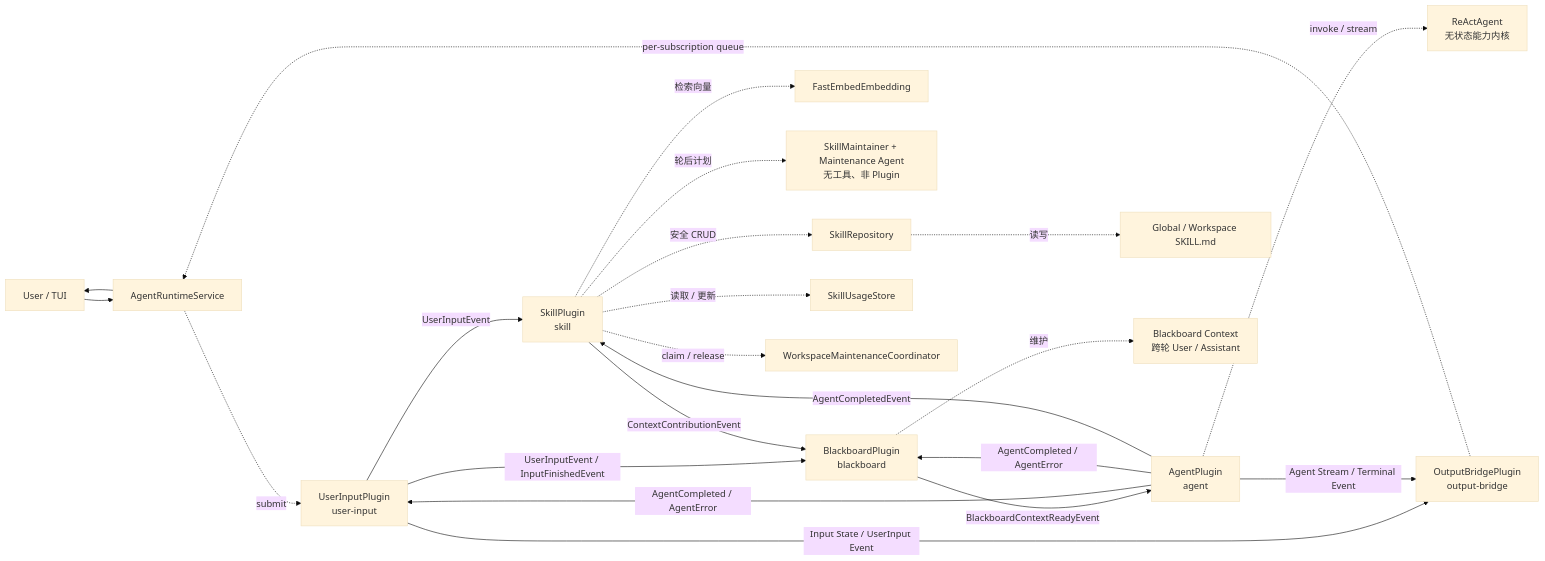
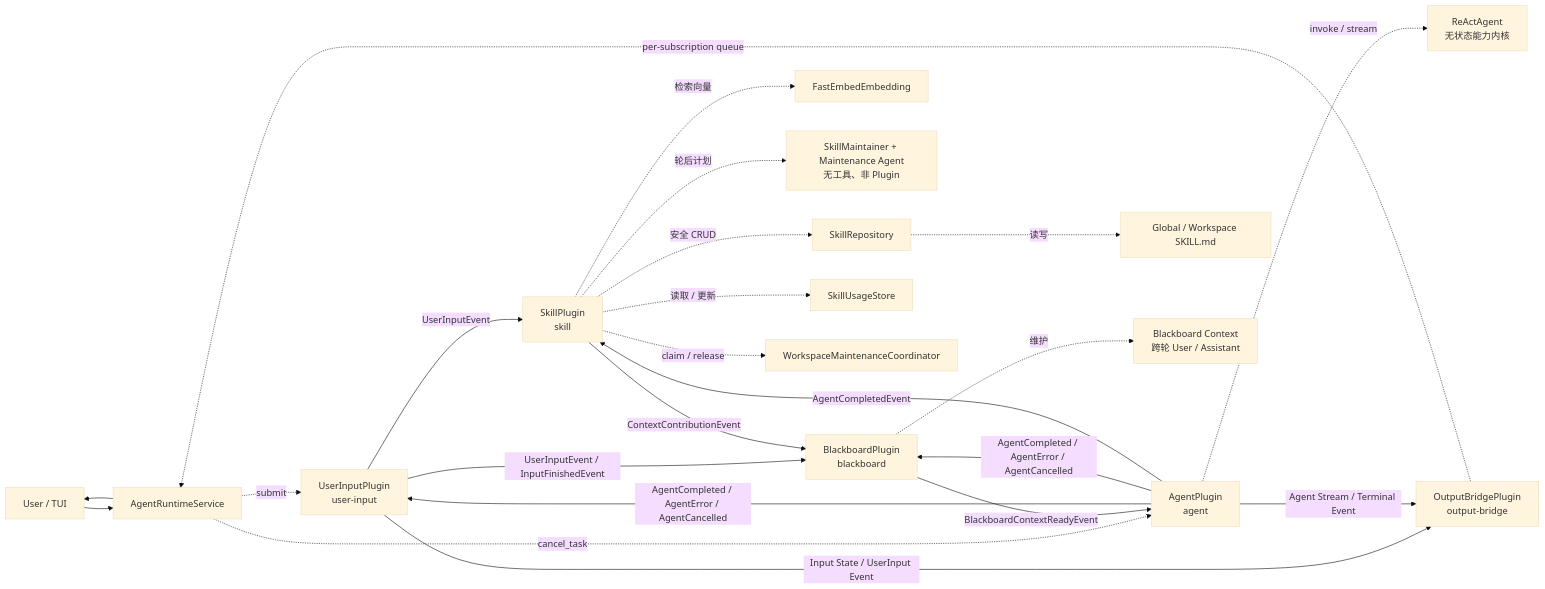
One commit to Removel/Icarus changed the first of 4 diagrams in apps/agent/docs/arch/plugin-event-flow-current-state.md. Above: the diagram before and after it, drawn with Mermaid (base theme). The commit also changed other lines of this file and 11 other files, not shown here.

````diff
--- a/apps/agent/docs/arch/plugin-event-flow-current-state.md
+++ b/apps/agent/docs/arch/plugin-event-flow-current-state.md
@@ -80,47 +81,48 @@
 ```mermaid
 flowchart LR
     User["User / TUI"]
     Service["AgentRuntimeService"]
 
     U["UserInputPlugin\nuser-input"]
     S["SkillPlugin\nskill"]
     B["BlackboardPlugin\nblackboard"]
     A["AgentPlugin\nagent"]
     O["OutputBridgePlugin\noutput-bridge"]
 
     ReAct["ReActAgent\n无状态能力内核"]
     Embed["FastEmbedEmbedding"]
     Maintainer["SkillMaintainer + Maintenance Agent\n无工具、非 Plugin"]
     Repo["SkillRepository"]
     Usage["SkillUsageStore"]
     Coord["WorkspaceMaintenanceCoordinator"]
     Files["Global / Workspace SKILL.md"]
     History["Blackboard Context\n跨轮 User / Assistant"]
 
     User --> Service
     Service -. "submit" .-> U
+    Service -. "cancel_task" .-> A
 
     U -- "UserInputEvent" --> S
     U -- "UserInputEvent / InputFinishedEvent" --> B
     U -- "Input State / UserInput Event" --> O
 
     S -- "ContextContributionEvent" --> B
     B -- "BlackboardContextReadyEvent" --> A
 
-    A -- "AgentCompleted / AgentError" --> U
-    A -- "AgentCompleted / AgentError" --> B
+    A -- "AgentCompleted / AgentError / AgentCancelled" --> U
+    A -- "AgentCompleted / AgentError / AgentCancelled" --> B
     A -- "AgentCompletedEvent" --> S
     A -- "Agent Stream / Terminal Event" --> O
 
     O -. "per-subscription queue" .-> Service
     Service --> User
 
     A -. "invoke / stream" .-> ReAct
     B -. "维护" .-> History
     S -. "检索向量" .-> Embed
     S -. "读取 / 更新" .-> Usage
     S -. "claim / release" .-> Coord
     S -. "轮后计划" .-> Maintainer
     S -. "安全 CRUD" .-> Repo
     Repo -. "读写" .-> Files
 ```
````
